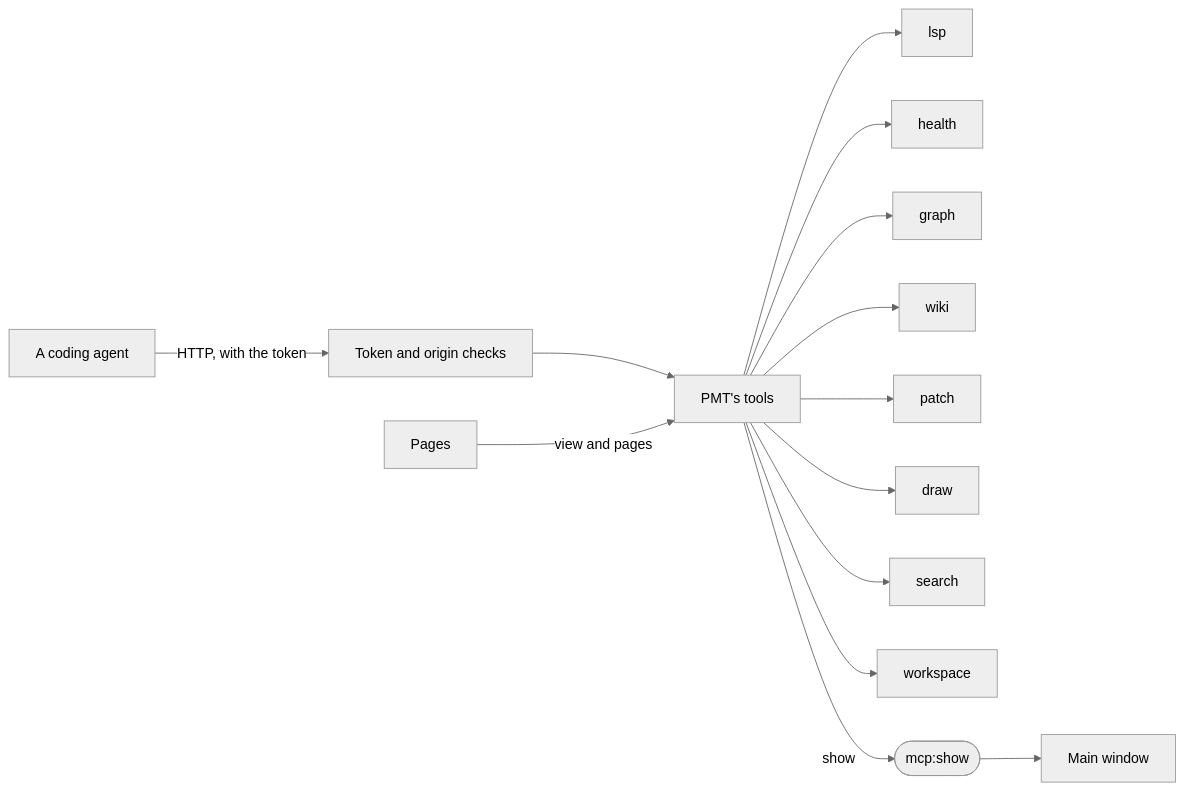
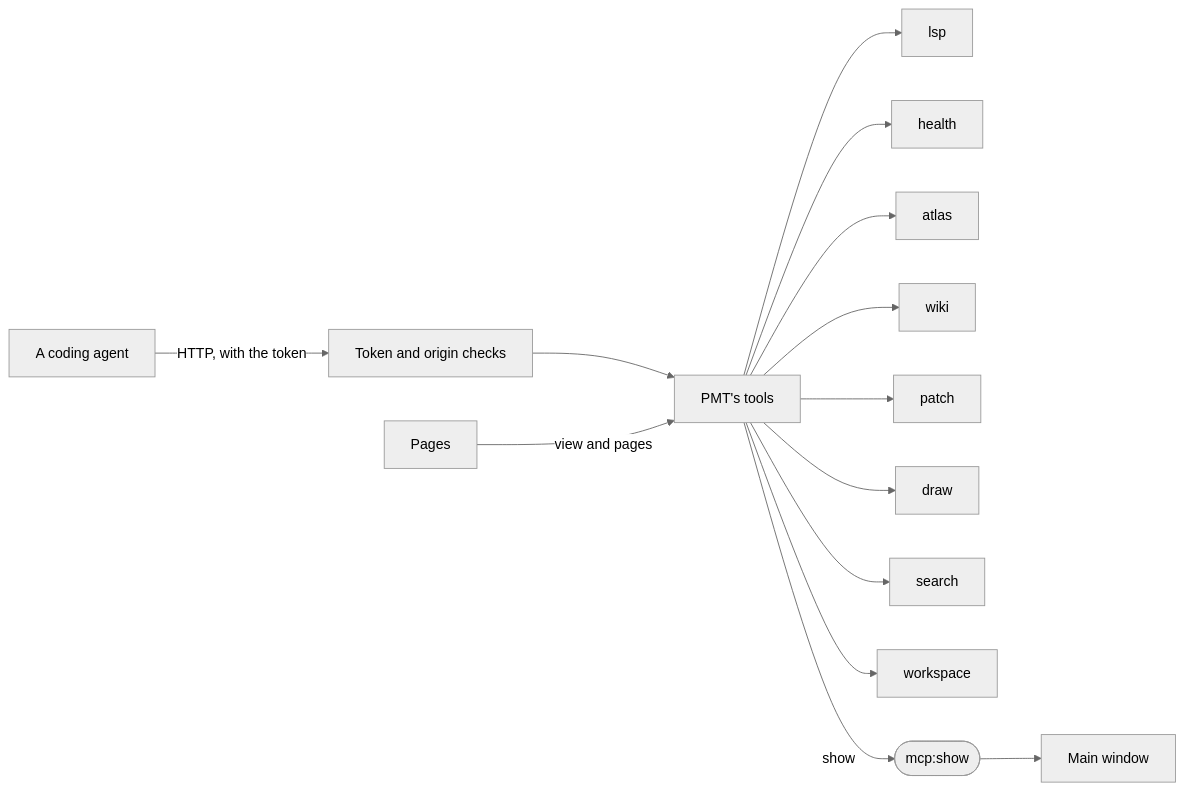
One commit to idodavis/paradox-modding-tools changed the diagram in services/mcp/README.md. Above: the diagram before and after it, drawn with Mermaid (neutral theme). The commit also changed other lines of this file and 127 other files, not shown here.

````diff
--- a/services/mcp/README.md
+++ b/services/mcp/README.md
@@ -21,9 +21,9 @@
 ```mermaid
 flowchart LR
   agentprog["A coding agent"] -->|"HTTP, with the token"| gate["Token and origin checks"]
   gate --> tools["PMT's tools"]
-  tools --> lsp & health & graphs["graph"] & wiki & patch & draw & search & workspace
+  tools --> lsp & health & atlas & wiki & patch & draw & search & workspace
   tools -->|show| event(["mcp:show"])
   event --> main["Main window"]
   pages["Pages"] -->|view and pages| tools
 ```
````
